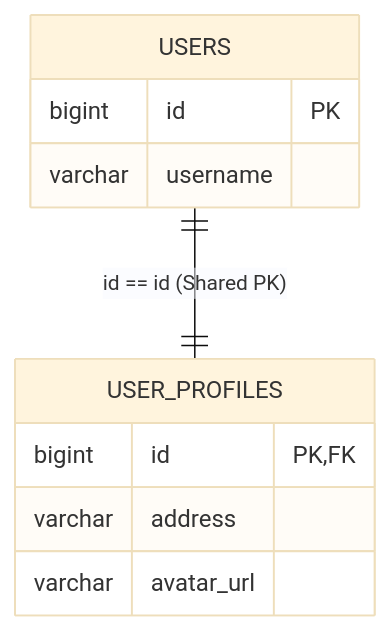
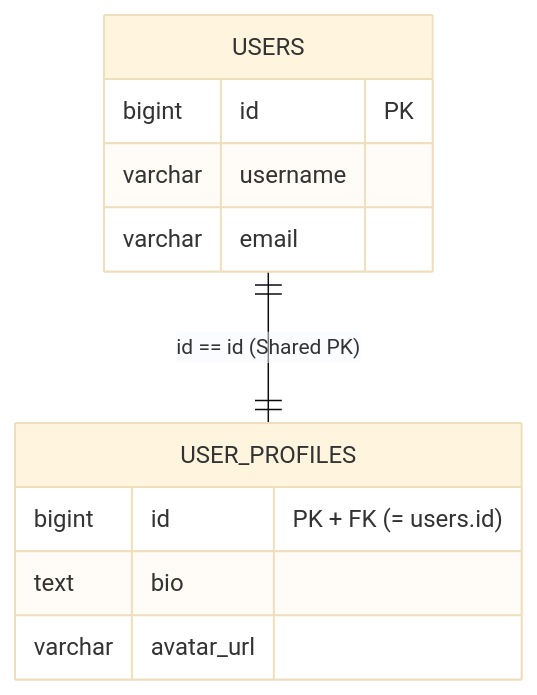
The fifth of 9 diagrams in 05-Database/Spring-Data/Spring-Data-JPA/Entity Mapping & Relationships/Relationship Mappings (@OneToOne, @OneToMany, @ManyToOne, @ManyToMany).md (phanhuudanhkg0811-star/Spring-RoadMap), drawn with Mermaid (base theme) before and after one commit. The commit also changed other lines of this file and 4 other files, not shown here.

````diff
--- a/05-Database/Spring-Data/Spring-Data-JPA/Entity Mapping & Relationships/Relationship Mappings (@OneToOne, @OneToMany, @ManyToOne, @ManyToMany).md
+++ b/05-Database/Spring-Data/Spring-Data-JPA/Entity Mapping & Relationships/Relationship Mappings (@OneToOne, @OneToMany, @ManyToOne, @ManyToMany).md
@@ -136,13 +301,14 @@
 ```mermaid
 erDiagram
     USERS ||--|| USER_PROFILES : "id == id (Shared PK)"
     USERS {
         bigint id PK
         varchar username
+        varchar email
     }
     USER_PROFILES {
-        bigint id PK,FK
-        varchar address
+        bigint id "PK + FK (= users.id)"
+        text bio
         varchar avatar_url
     }
 ```
````
